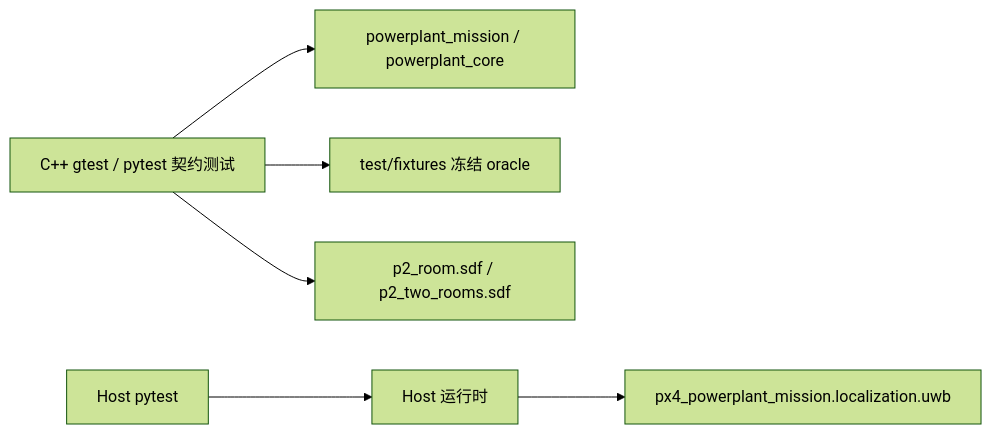
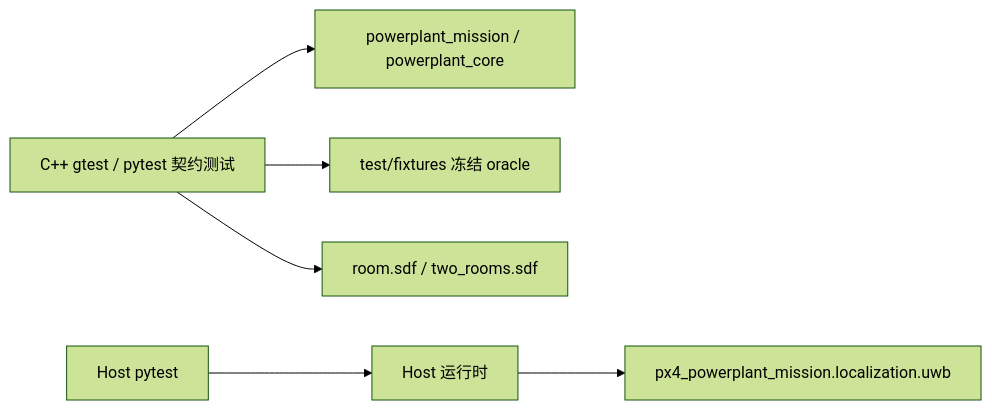
The third of 3 diagrams in docs/architecture/dependency-map.md (pawn-queen/px4_ros_ws), drawn with Mermaid (forest theme) before and after one commit. The commit also changed other lines of this file and 57 other files, not shown here.

````diff
--- a/docs/architecture/dependency-map.md
+++ b/docs/architecture/dependency-map.md
@@ -106,8 +106,8 @@
 ```mermaid
 flowchart LR
   CT["C++ gtest / pytest 契约测试"] --> CPP["powerplant_mission / powerplant_core"]
   CT --> FIX["test/fixtures 冻结 oracle"]
   HT["Host pytest"] --> HS["Host 运行时"]
   HS --> PY2["px4_powerplant_mission.localization.uwb"]
-  CT --> SDF["p2_room.sdf / p2_two_rooms.sdf"]
+  CT --> SDF["room.sdf / two_rooms.sdf"]
 ```
````
